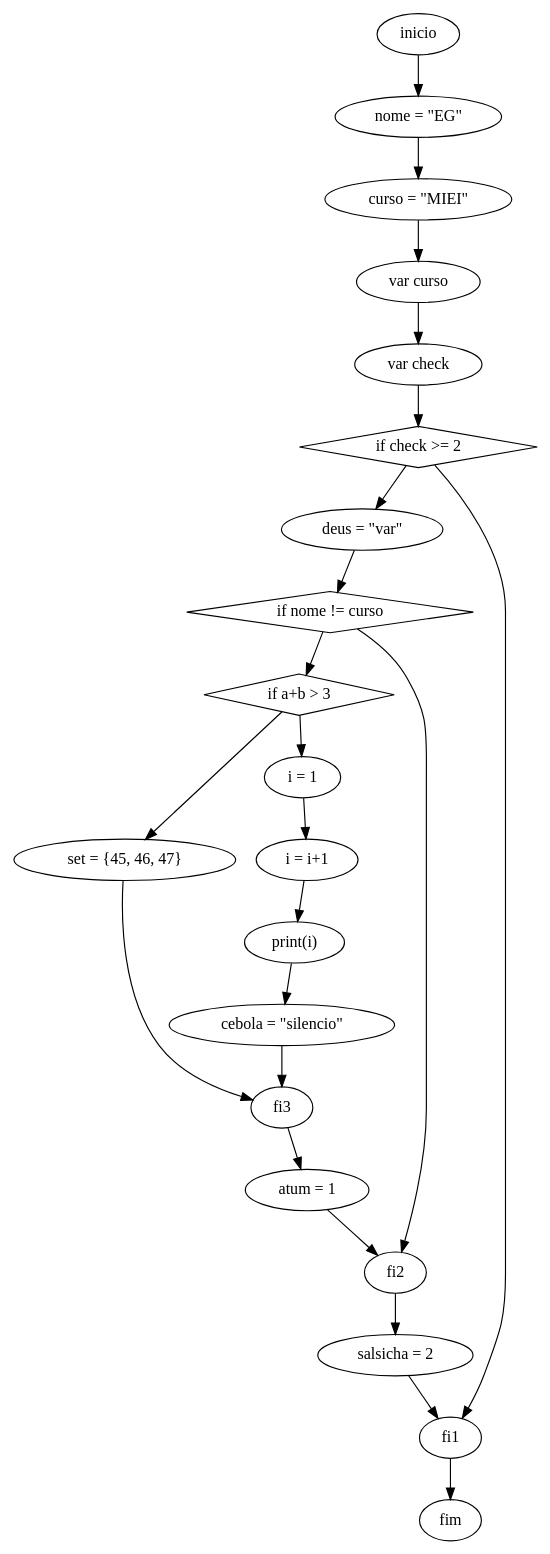
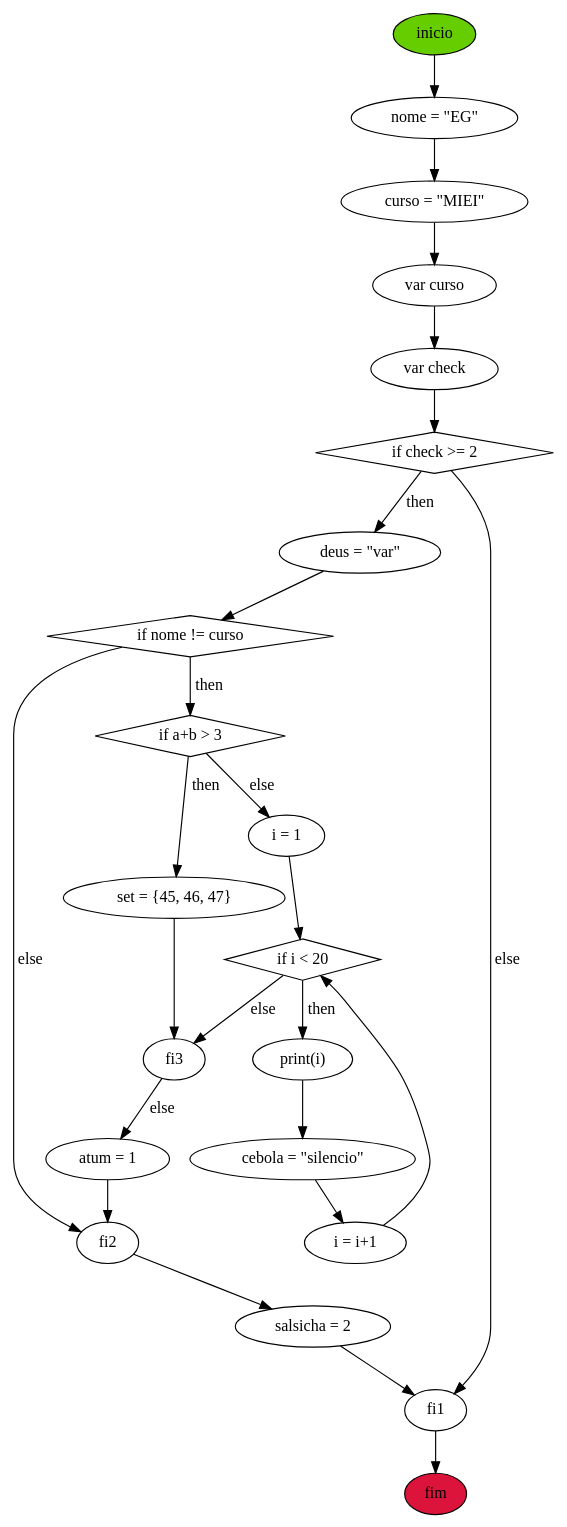
One commit to mishlawi/MEI-EG-TrabalhosPraticos changed the diagram in TP3/graphs/graph.gv. Above: the diagram before and after it, drawn with Graphviz. The commit also changed 2 other files, not shown here.

```diff
--- a/TP3/graphs/graph.gv
+++ b/TP3/graphs/graph.gv
@@ -1,27 +1,32 @@
 digraph "graph" {
-	inicio -> "nome = \"EG\""
-	"nome = \"EG\"" -> "curso = \"MIEI\""
-	"curso = \"MIEI\"" -> "var curso"
-	"var curso" -> "var check"
+	inicio [fillcolor=chartreuse3 style=filled]
+	inicio -> "nome = \"EG\"" [label=""]
+	"nome = \"EG\"" -> "curso = \"MIEI\"" [label=""]
+	"curso = \"MIEI\"" -> "var curso" [label=""]
+	"var curso" -> "var check" [label=""]
 	"if check >= 2" [shape=diamond]
-	"var check" -> "if check >= 2"
-	"if check >= 2" -> "deus = \"var\""
+	"var check" -> "if check >= 2" [label=""]
+	"if check >= 2" -> "deus = \"var\"" [label=then]
 	"if nome != curso" [shape=diamond]
-	"deus = \"var\"" -> "if nome != curso"
+	"deus = \"var\"" -> "if nome != curso" [label=""]
 	"if a+b > 3" [shape=diamond]
-	"if nome != curso" -> "if a+b > 3"
-	"if a+b > 3" -> "set = {45, 46, 47}"
+	"if nome != curso" -> "if a+b > 3" [label=then]
+	"if a+b > 3" -> "set = {45, 46, 47}" [label=then]
 	"set = {45, 46, 47}" -> fi3
-	"if a+b > 3" -> "i = 1"
-	"i = 1" -> "i = i+1"
-	"i = i+1" -> "print(i)"
-	"print(i)" -> "cebola = \"silencio\""
-	"cebola = \"silencio\"" -> fi3
-	fi3 -> "atum = 1"
+	"if a+b > 3" -> "i = 1" [label=else]
+	"if i < 20" [shape=diamond]
+	"i = 1" -> "if i < 20" [label=""]
+	"if i < 20" -> "print(i)" [label=then]
+	"print(i)" -> "cebola = \"silencio\"" [label=""]
+	"cebola = \"silencio\"" -> "i = i+1" [label=""]
+	"i = i+1" -> "if i < 20" [label=""]
+	"if i < 20" -> fi3 [label=else]
+	fi3 -> "atum = 1" [label=else]
 	"atum = 1" -> fi2
-	"if nome != curso" -> fi2
-	fi2 -> "salsicha = 2"
+	"if nome != curso" -> fi2 [label=else]
+	fi2 -> "salsicha = 2" [label=""]
 	"salsicha = 2" -> fi1
-	"if check >= 2" -> fi1
+	"if check >= 2" -> fi1 [label=else]
+	fim [fillcolor=crimson style=filled]
 	fi1 -> fim
 }
```
